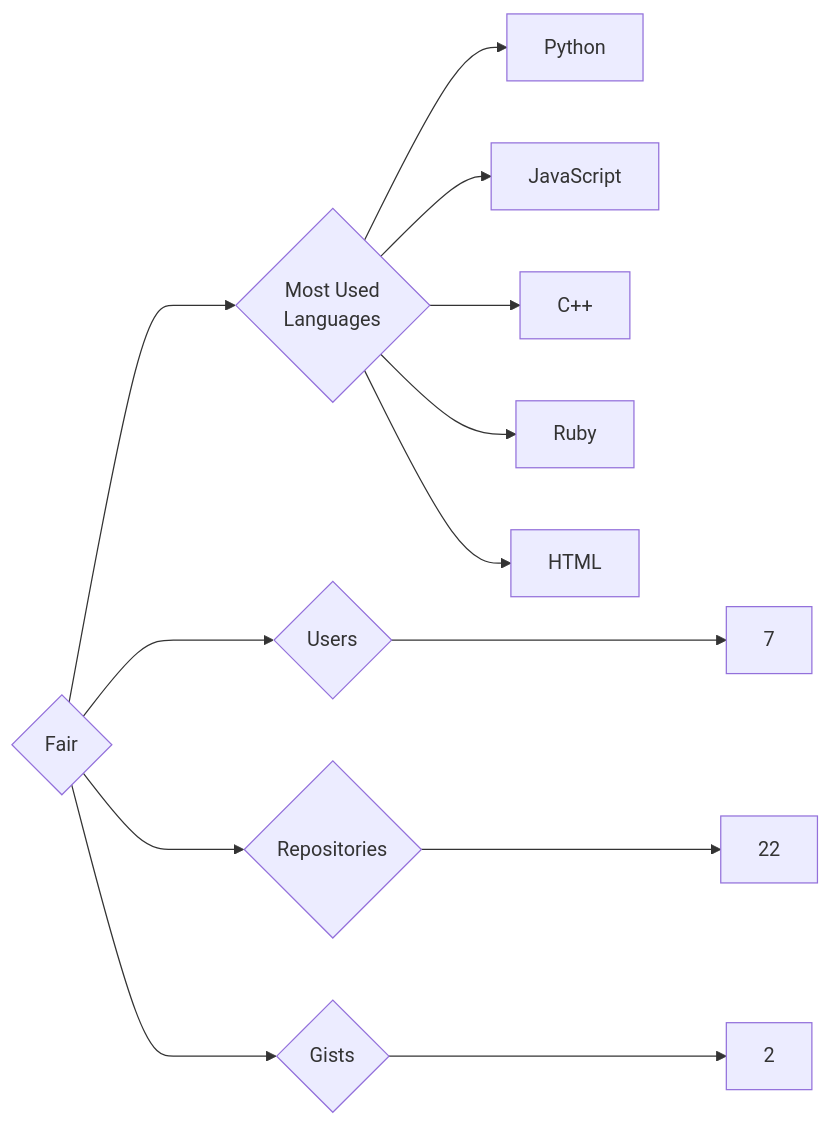
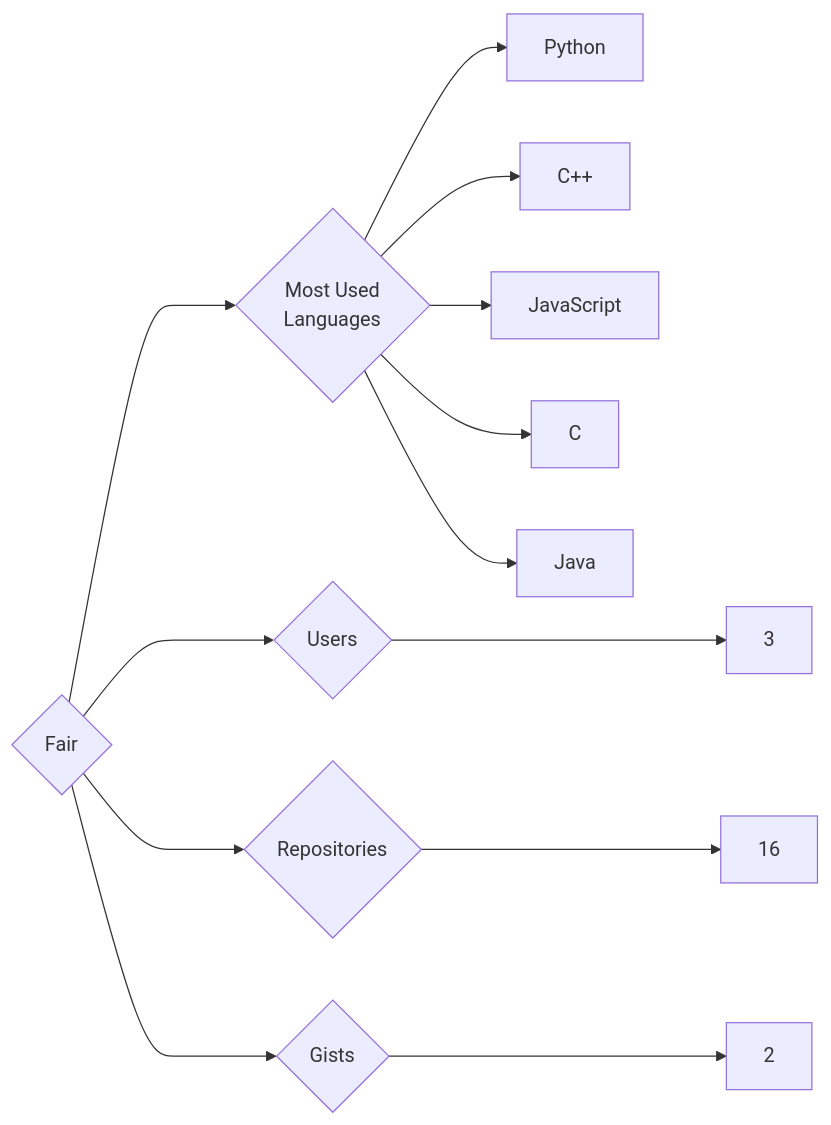
One commit to trickest/insiders changed the diagram in targets/Fair/README.md. Above: the diagram before and after it, drawn with Mermaid. The commit also changed 752 other files, not shown here.

````diff
--- a/targets/Fair/README.md
+++ b/targets/Fair/README.md
@@ -3,13 +3,13 @@
 ```mermaid
 graph LR
 COMPANY_NAME{Fair}
-COMPANY_NAME ---> U{Users} ---> UN[7]
-COMPANY_NAME ---> R{Repositories} ---> RN[22]
+COMPANY_NAME ---> U{Users} ---> UN[3]
+COMPANY_NAME ---> R{Repositories} ---> RN[16]
 COMPANY_NAME ---> G{Gists} ---> GN[2]
 COMPANY_NAME ---> ML{Most Used<br>Languages}
 ML --> Python[Python]
+ML --> C++[C++]
 ML --> JavaScript[JavaScript]
-ML --> C++[C++]
-ML --> Ruby[Ruby]
-ML --> HTML[HTML]
+ML --> C[C]
+ML --> Java[Java]
 ```
````
